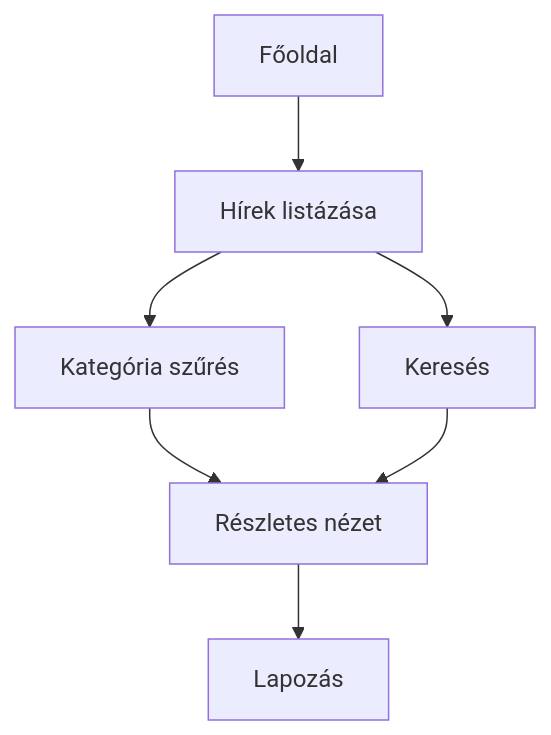
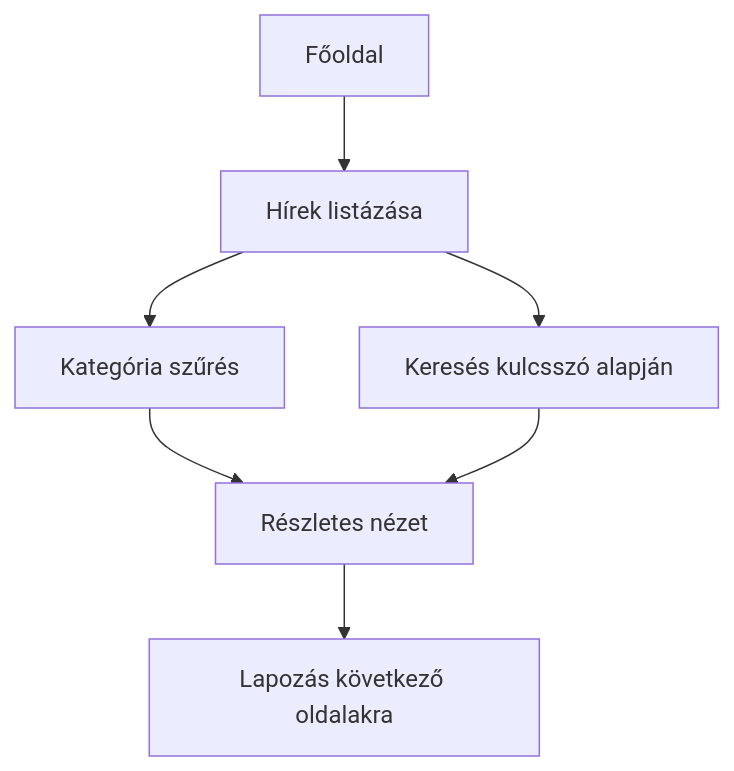
Before and after one commit to jnrbrt/testtesttest: the diagram in rendszerterv.md, drawn with Mermaid. The commit also changed other lines of this file, not shown here.

````diff
--- a/rendszerterv.md
+++ b/rendszerterv.md
@@ -30,9 +63,9 @@
 ```mermaid
 flowchart TD
   A[Főoldal] --> B[Hírek listázása]
   B --> C[Kategória szűrés]
-  B --> D[Keresés]
+  B --> D[Keresés kulcsszó alapján]
   C --> E[Részletes nézet]
   D --> E
-  E --> F[Lapozás]
+  E --> F[Lapozás következő oldalakra]
 ```
````
